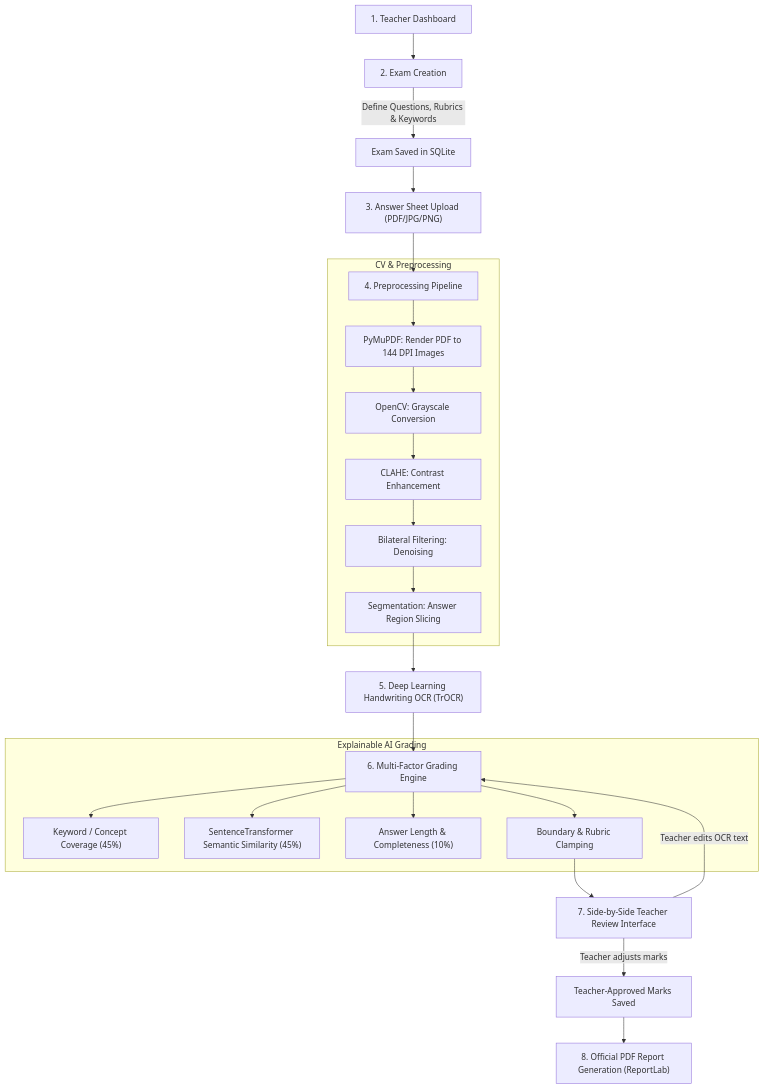
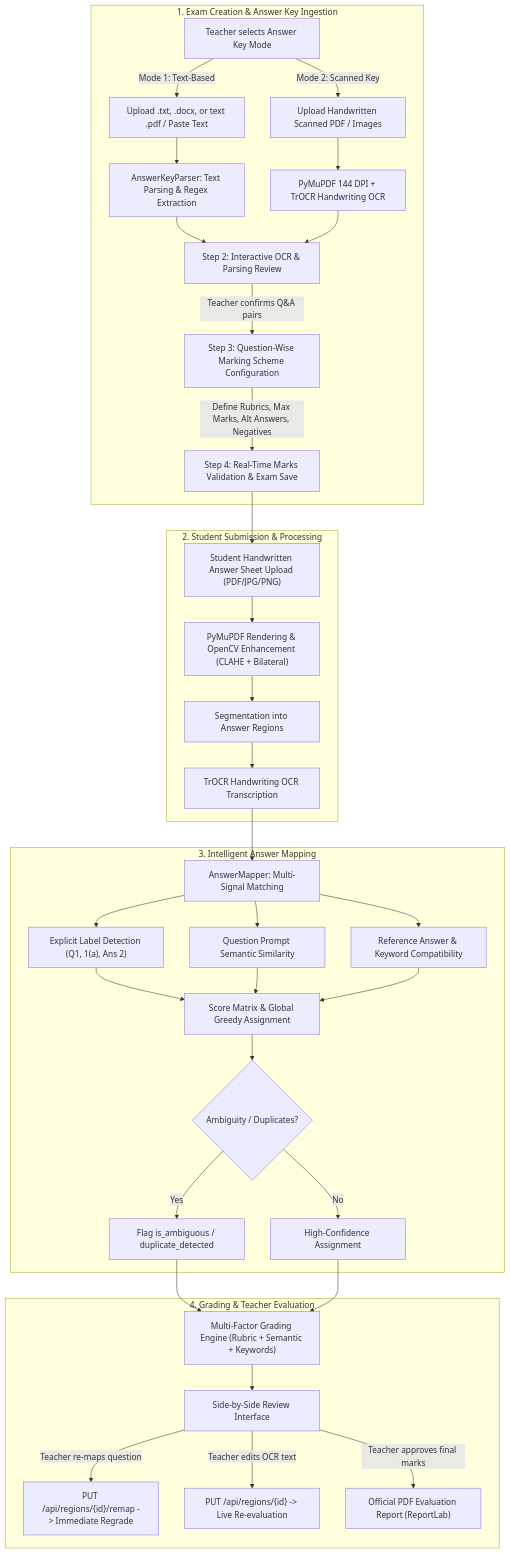
Before and after one commit to GGit47/Grade-Script: the diagram in docs/WORKFLOW_SUMMARY.md, drawn with Mermaid. The commit also changed other lines of this file and 27 other files, not shown here.

Commit message:
Improved Answer Key system

````diff
--- a/docs/WORKFLOW_SUMMARY.md
+++ b/docs/WORKFLOW_SUMMARY.md
@@ -20,30 +23,40 @@
 ```mermaid
 flowchart TD
-    A["1. Teacher Dashboard"] --> B["2. Exam Creation"]
-    B -->|Define Questions, Rubrics & Keywords| C["Exam Saved in SQLite"]
-    C --> D["3. Answer Sheet Upload (PDF/JPG/PNG)"]
-    D --> E["4. Preprocessing Pipeline"]
-    
-    subgraph Preprocessing ["CV & Preprocessing"]
-        E --> E1["PyMuPDF: Render PDF to 144 DPI Images"]
-        E1 --> E2["OpenCV: Grayscale Conversion"]
-        E2 --> E3["CLAHE: Contrast Enhancement"]
-        E3 --> E4["Bilateral Filtering: Denoising"]
-        E4 --> E5["Segmentation: Answer Region Slicing"]
+    subgraph ExamCreation ["1. Exam Creation & Answer Key Ingestion"]
+        A["Teacher selects Answer Key Mode"]
+        A -->|Mode 1: Text-Based| B1["Upload .txt, .docx, or text .pdf / Paste Text"]
+        A -->|Mode 2: Scanned Key| B2["Upload Handwritten Scanned PDF / Images"]
+        B1 --> C1["AnswerKeyParser: Text Parsing & Regex Extraction"]
+        B2 --> C2["PyMuPDF 144 DPI + TrOCR Handwriting OCR"]
+        C1 --> D["Step 2: Interactive OCR & Parsing Review"]
+        C2 --> D
+        D -->|Teacher confirms Q&A pairs| E["Step 3: Question-Wise Marking Scheme Configuration"]
+        E -->|Define Rubrics, Max Marks, Alt Answers, Negatives| F["Step 4: Real-Time Marks Validation & Exam Save"]
     end
 
-    E5 --> F["5. Deep Learning Handwriting OCR (TrOCR)"]
-    F --> G["6. Multi-Factor Grading Engine"]
-    
-    subgraph GradingEngine ["Explainable AI Grading"]
-        G --> G1["Keyword / Concept Coverage (45%)"]
-        G --> G2["SentenceTransformer Semantic Similarity (45%)"]
-        G --> G3["Answer Length & Completeness (10%)"]
-        G --> G4["Boundary & Rubric Clamping"]
+    subgraph StudentSubmission ["2. Student Submission & Processing"]
+        F --> G["Student Handwritten Answer Sheet Upload (PDF/JPG/PNG)"]
+        G --> H["PyMuPDF Rendering & OpenCV Enhancement (CLAHE + Bilateral)"]
+        H --> I["Segmentation into Answer Regions"]
+        I --> J["TrOCR Handwriting OCR Transcription"]
     end
 
-    G4 --> H["7. Side-by-Side Teacher Review Interface"]
-    H -->|Teacher edits OCR text| G
-    H -->|Teacher adjusts marks| I["Teacher-Approved Marks Saved"]
-    I --> J["8. Official PDF Report Generation (ReportLab)"]
+    subgraph IntelligentMapping ["3. Intelligent Answer Mapping"]
+        J --> K["AnswerMapper: Multi-Signal Matching"]
+        K --> K1["Explicit Label Detection (Q1, 1(a), Ans 2)"]
+        K --> K2["Question Prompt Semantic Similarity"]
+        K --> K3["Reference Answer & Keyword Compatibility"]
+        K1 & K2 & K3 --> L["Score Matrix & Global Greedy Assignment"]
+        L --> M{"Ambiguity / Duplicates?"}
+        M -->|Yes| N["Flag is_ambiguous / duplicate_detected"]
+        M -->|No| O["High-Confidence Assignment"]
+    end
+
+    subgraph EvaluationReview ["4. Grading & Teacher Evaluation"]
+        N & O --> P["Multi-Factor Grading Engine (Rubric + Semantic + Keywords)"]
+        P --> Q["Side-by-Side Review Interface"]
+        Q -->|Teacher re-maps question| R["PUT /api/regions/{id}/remap -> Immediate Regrade"]
+        Q -->|Teacher edits OCR text| S["PUT /api/regions/{id} -> Live Re-evaluation"]
+        Q -->|Teacher approves final marks| T["Official PDF Evaluation Report (ReportLab)"]
+    end
 ```
````
